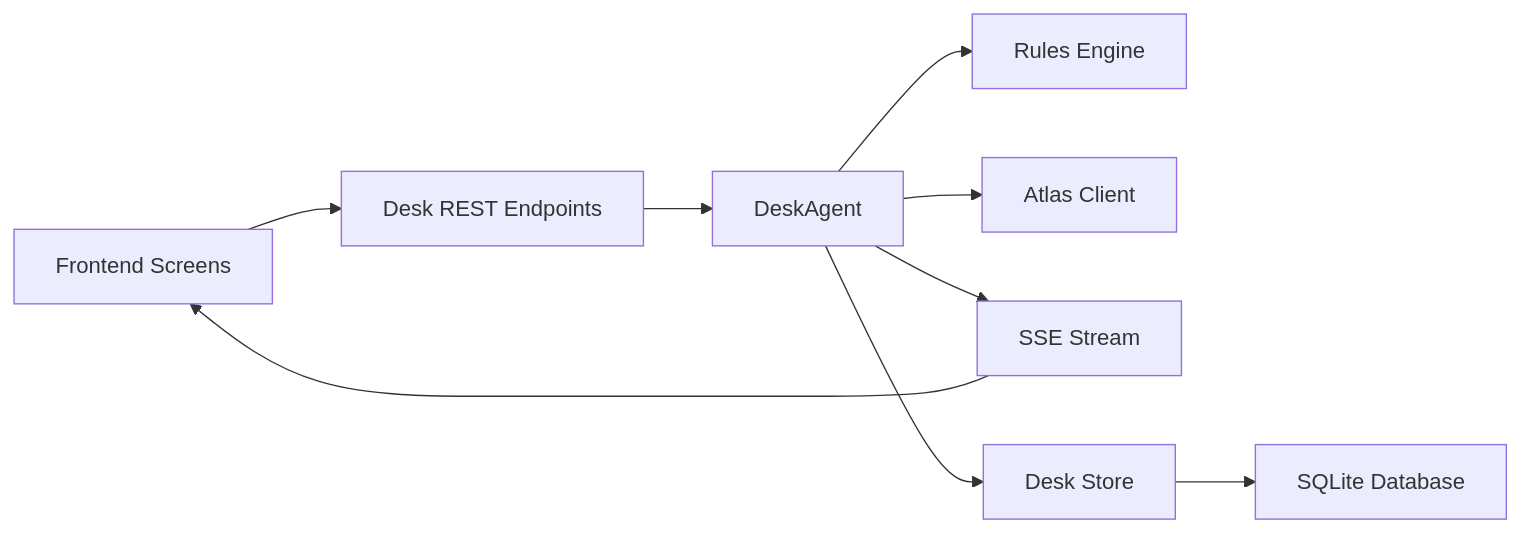
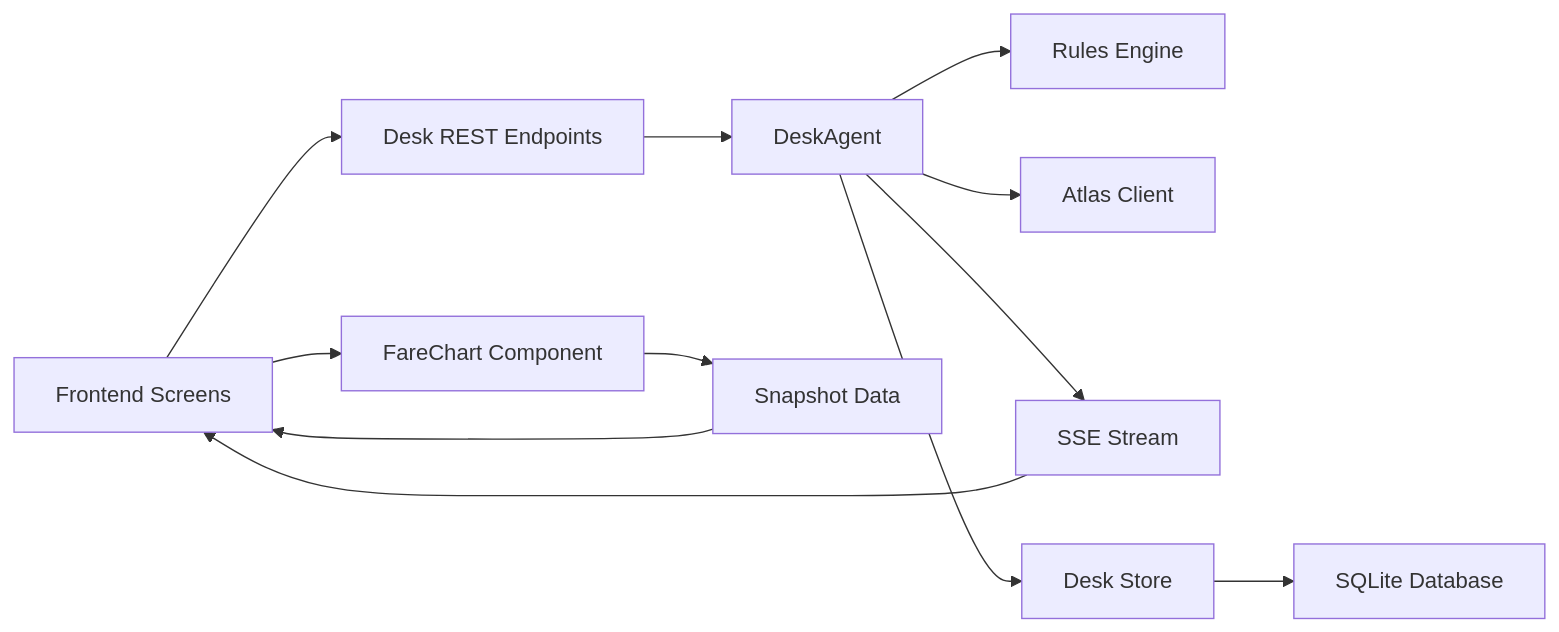
Before and after one commit to jaydonnnk/waypoint: the third of 3 diagrams in .qoder/repowiki/en/content/Product Design/Trip Disruption Screen.md, drawn with Mermaid. The commit also changed other lines of this file and 20 other files, not shown here.

````diff
--- a/.qoder/repowiki/en/content/Product Design/Trip Disruption Screen.md
+++ b/.qoder/repowiki/en/content/Product Design/Trip Disruption Screen.md
@@ -255,11 +318,14 @@
 ```mermaid
 graph LR
 FE["Frontend Screens"] --> DESK_API["Desk REST Endpoints"]
 DESK_API --> DESK_AGENT["DeskAgent"]
 DESK_AGENT --> RULES["Rules Engine"]
 DESK_AGENT --> ATLAS["Atlas Client"]
 DESK_AGENT --> SSE["SSE Stream"]
 DESK_AGENT --> STORE["Desk Store"]
 SSE --> FE
 STORE --> DB["SQLite Database"]
+FE --> CHART["FareChart Component"]
+CHART --> SNAPSHOT["Snapshot Data"]
+SNAPSHOT --> FE
 ```
````
